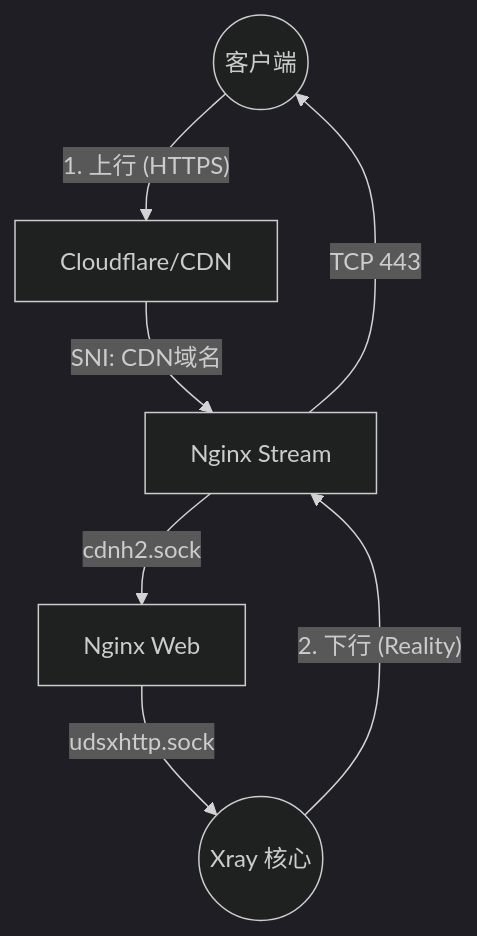
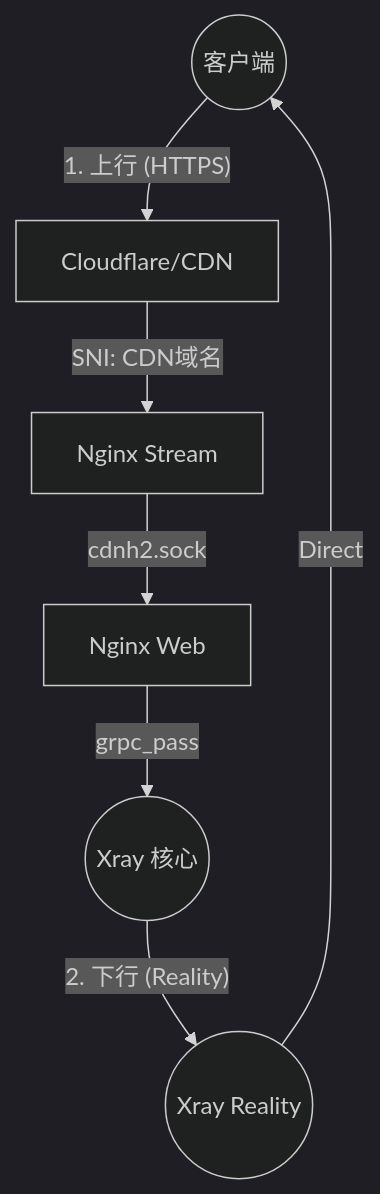
Before and after one commit to currycan/key: the seventh of 9 diagrams in docker/sb-xray/docs/client-configs.md, drawn with Mermaid (dark theme). The commit also changed other lines of this file and 4 other files, not shown here.

````diff
--- a/docker/sb-xray/docs/client-configs.md
+++ b/docker/sb-xray/docs/client-configs.md
@@ -255,16 +295,16 @@
     ```mermaid
     graph TB
         User((客户端))
         CDN[Cloudflare/CDN]
         NginxStream[Nginx Stream]
         NginxWeb[Nginx Web]
         Xray((Xray 核心))
 
         User -- 1. 上行 (HTTPS) --> CDN
         CDN -- SNI: CDN域名 --> NginxStream
         NginxStream -- cdnh2.sock --> NginxWeb
-        NginxWeb -- udsxhttp.sock --> Xray
+        NginxWeb -- "grpc_pass" --> Xray
 
-        Xray -- 2. 下行 (Reality) --> NginxStream
-        NginxStream -- TCP 443 --> User
+        Xray -- 2. 下行 (Reality) --> RealityIn((Xray Reality))
+        RealityIn -- Direct --> User
     ```
````
